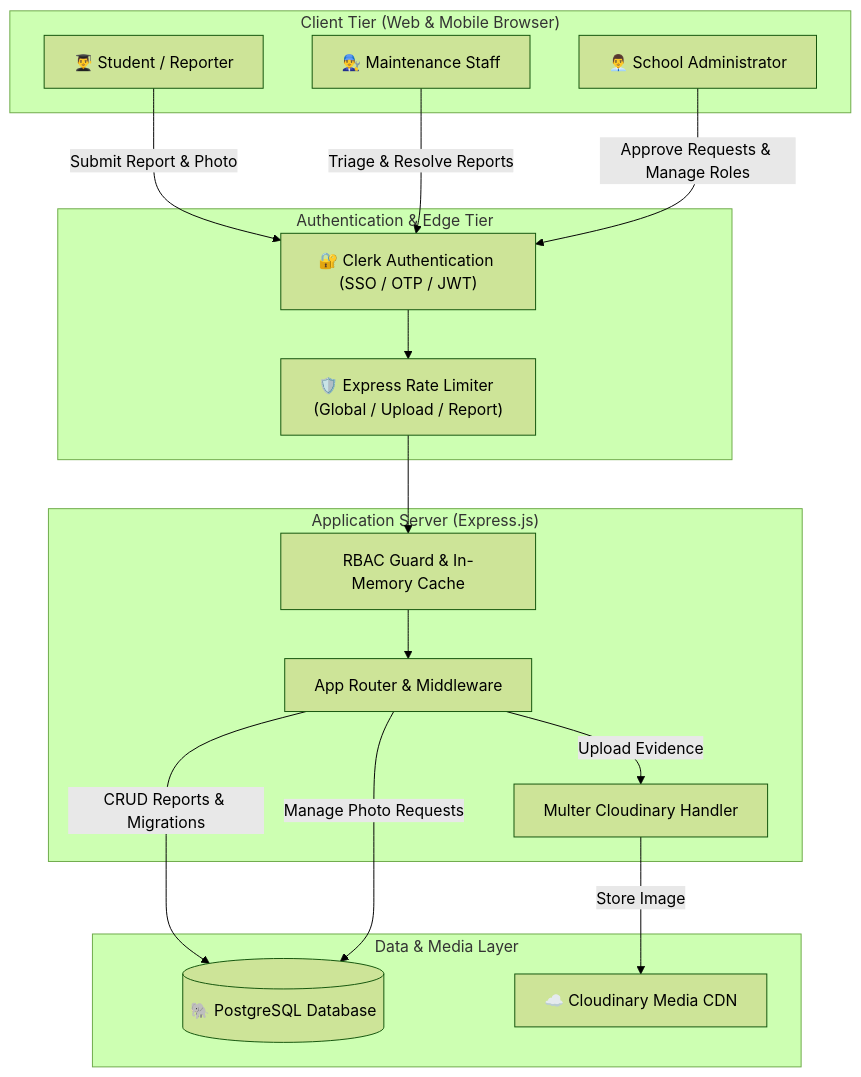
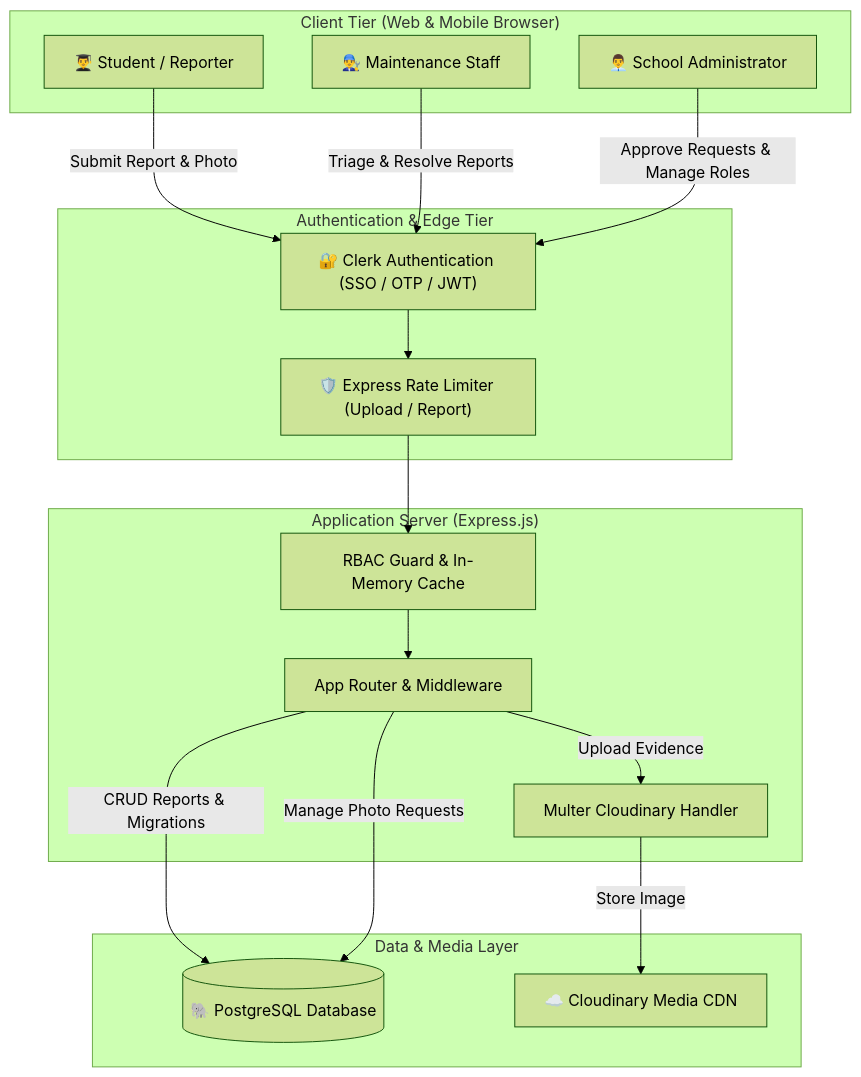
The first of 2 diagrams in README.md (Ahnaf-icprpl/MokletCare), drawn with Mermaid (forest theme) before and after one commit. The commit also changed other lines of this file and 1 other file, not shown here.

Commit message:
fix: remove global rate limiter to prevent downtime under high traffic

````diff
--- a/README.md
+++ b/README.md
@@ -219,38 +219,38 @@
 ```mermaid
 flowchart TD
     subgraph Client["Client Tier (Web & Mobile Browser)"]
         Reporter["👨‍🎓 Student / Reporter"]
         Staff["👨‍🔧 Maintenance Staff"]
         Admin["👨‍💼 School Administrator"]
     end
 
     subgraph AuthTier["Authentication & Edge Tier"]
         ClerkAuth["🔐 Clerk Authentication (SSO / OTP / JWT)"]
-        RateLimiter["🛡️ Express Rate Limiter (Global / Upload / Report)"]
+        RateLimiter["🛡️ Express Rate Limiter (Upload / Report)"]
     end
 
     subgraph AppTier["Application Server (Express.js)"]
         RouterIndex["App Router & Middleware"]
         AuthMiddleware["RBAC Guard & In-Memory Cache"]
         UploadHandler["Multer Cloudinary Handler"]
     end
 
     subgraph StorageTier["Data & Media Layer"]
         PostgresDB[("🐘 PostgreSQL Database")]
         CloudinaryCDN["☁️ Cloudinary Media CDN"]
     end
 
     Reporter -->|Submit Report & Photo| ClerkAuth
     Staff -->|Triage & Resolve Reports| ClerkAuth
     Admin -->|Approve Requests & Manage Roles| ClerkAuth
 
     ClerkAuth --> RateLimiter
     RateLimiter --> AuthMiddleware
     AuthMiddleware --> RouterIndex
 
     RouterIndex -->|Upload Evidence| UploadHandler
     UploadHandler -->|Store Image| CloudinaryCDN
 
     RouterIndex -->|CRUD Reports & Migrations| PostgresDB
     RouterIndex -->|Manage Photo Requests| PostgresDB
 ```
````
